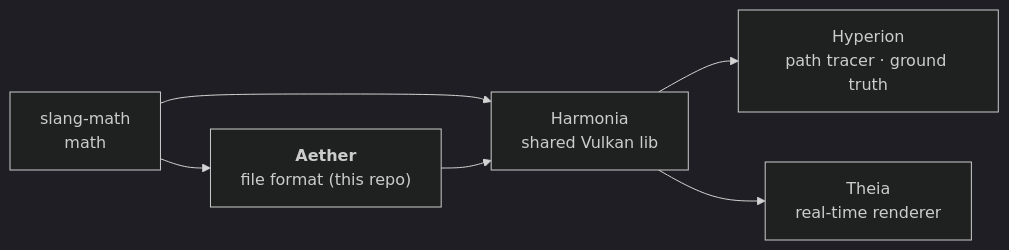
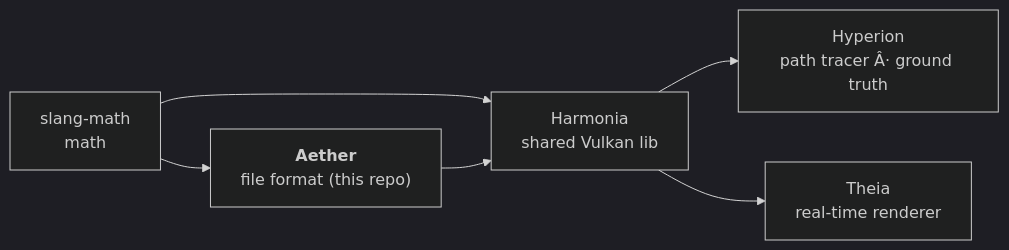
One commit to McNopper/Aether changed the diagram in AGENTS.md. Above: the diagram before and after it, drawn with Mermaid (dark theme). The commit also changed other lines of this file and 3 other files, not shown here.

````diff
--- a/AGENTS.md
+++ b/AGENTS.md
@@ -17,8 +17,8 @@
 ```mermaid
 flowchart LR
     SM["slang-math<br/>math"] --> A["<b>Aether</b><br/>file format (this repo)"]
     SM --> H
     A --> H["Harmonia<br/>shared Vulkan lib"]
-    H --> Hy["Hyperion<br/>path tracer · ground truth"]
+    H --> Hy["Hyperion<br/>path tracer Â· ground truth"]
     H --> T["Theia<br/>real-time renderer"]
 ```
````
